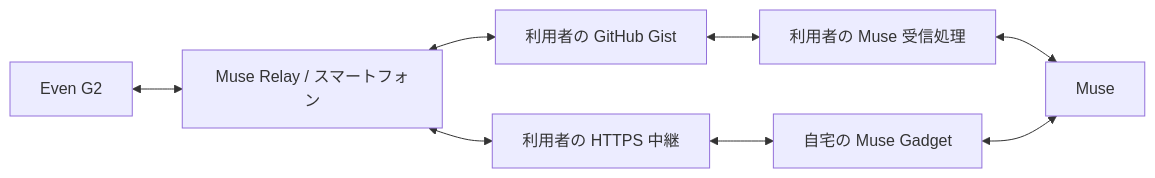
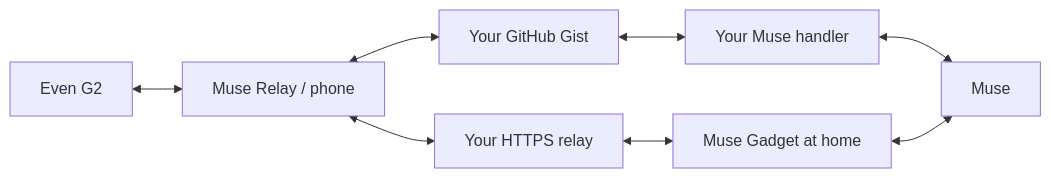
Before and after one commit to 3mintimer/muse-relay: the diagram in README.md, drawn with Mermaid. The commit also changed other lines of this file and 49 other files, not shown here.

````diff
--- a/README.md
+++ b/README.md
@@ -20,10 +20,10 @@
 ```mermaid
 flowchart LR
-  G2[Even G2] <--> App[Muse Relay / スマートフォン]
-  App <--> Gist[利用者の GitHub Gist]
-  Gist <--> Handler[利用者の Muse 受信処理]
+  G2[Even G2] <--> App[Muse Relay / phone]
+  App <--> Gist[Your GitHub Gist]
+  Gist <--> Handler[Your Muse handler]
   Handler <--> Muse[Muse]
-  App <--> Relay[利用者の HTTPS 中継]
-  Relay <--> Gadget[自宅の Muse Gadget]
+  App <--> Relay[Your HTTPS relay]
+  Relay <--> Gadget[Muse Gadget at home]
   Gadget <--> Muse
 ```
````
